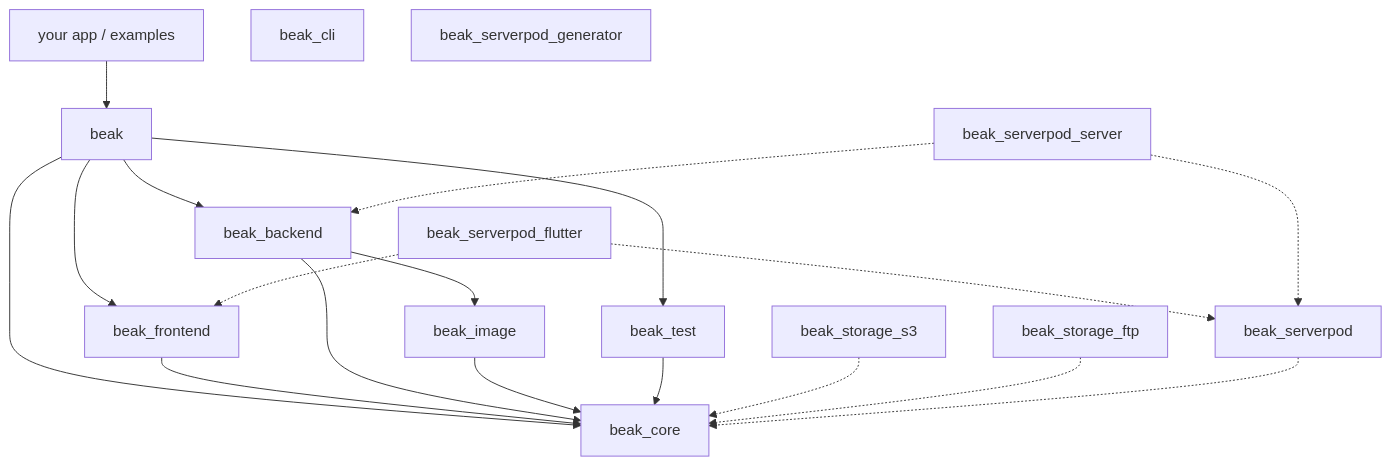
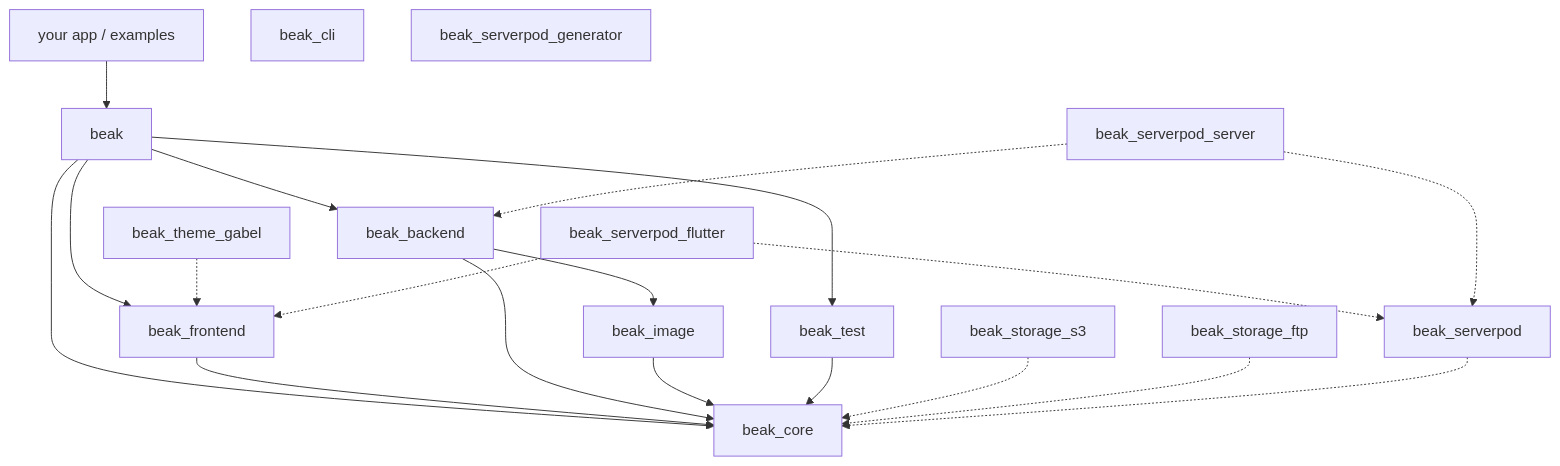
One commit to SimonErich/beak changed the diagram in docs/architecture/package-graph.md. Above: the diagram before and after it, drawn with Mermaid. The commit also changed other lines of this file and 76 other files, not shown here.

First line of the commit message:
docs(theming): add Built-in themes, BeakTheme and theme.preset

````diff
--- a/docs/architecture/package-graph.md
+++ b/docs/architecture/package-graph.md
@@ -17,26 +17,27 @@
 ```mermaid
 flowchart TD
   APP["your app / examples"] --> UMB[beak]
 
   UMB --> FE[beak_frontend]
   UMB --> BE[beak_backend]
   UMB --> TEST[beak_test]
   UMB --> CORE[beak_core]
 
   FE --> CORE
   BE --> CORE
   BE --> IMG[beak_image]
   IMG --> CORE
   TEST --> CORE
 
   S3[beak_storage_s3] -.-> CORE
   FTP[beak_storage_ftp] -.-> CORE
+  GABEL[beak_theme_gabel] -.-> FE
   SP[beak_serverpod] -.-> CORE
   SPF[beak_serverpod_flutter] -.-> FE
   SPF -.-> SP
   SPS[beak_serverpod_server] -.-> BE
   SPS -.-> SP
 
   CLI[beak_cli]
   GEN[beak_serverpod_generator]
 ```
````
